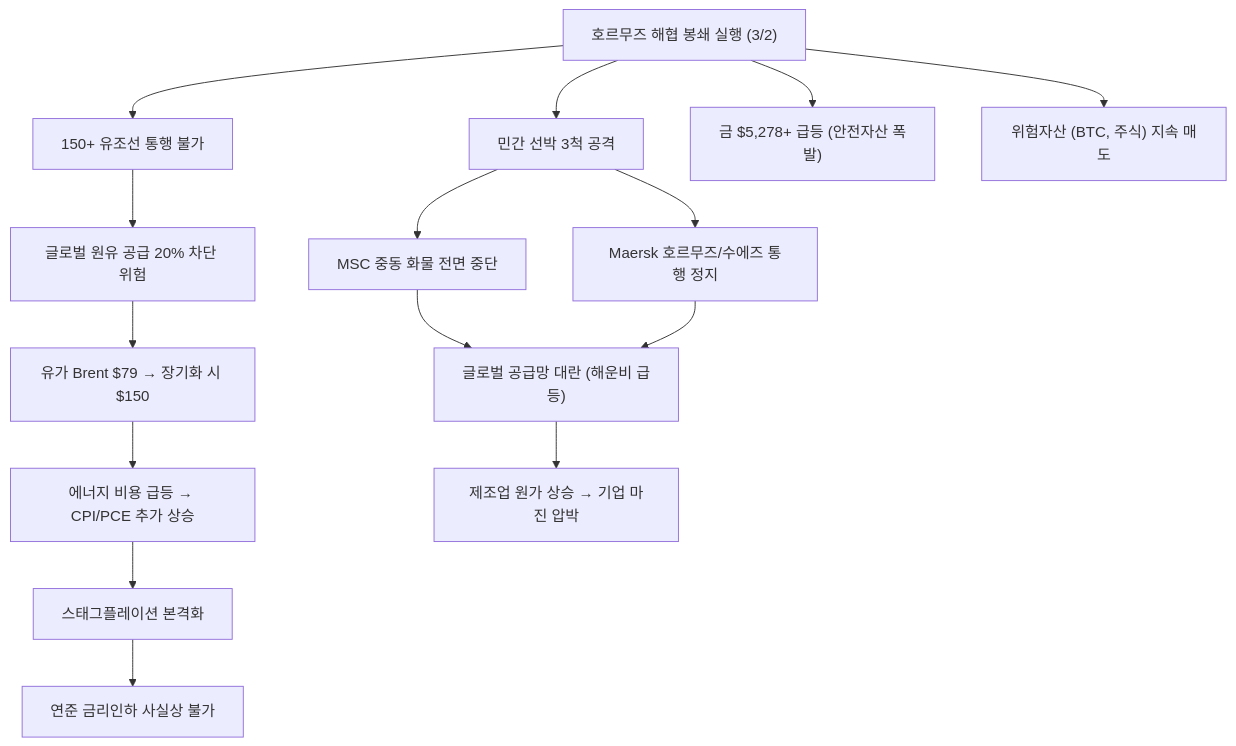
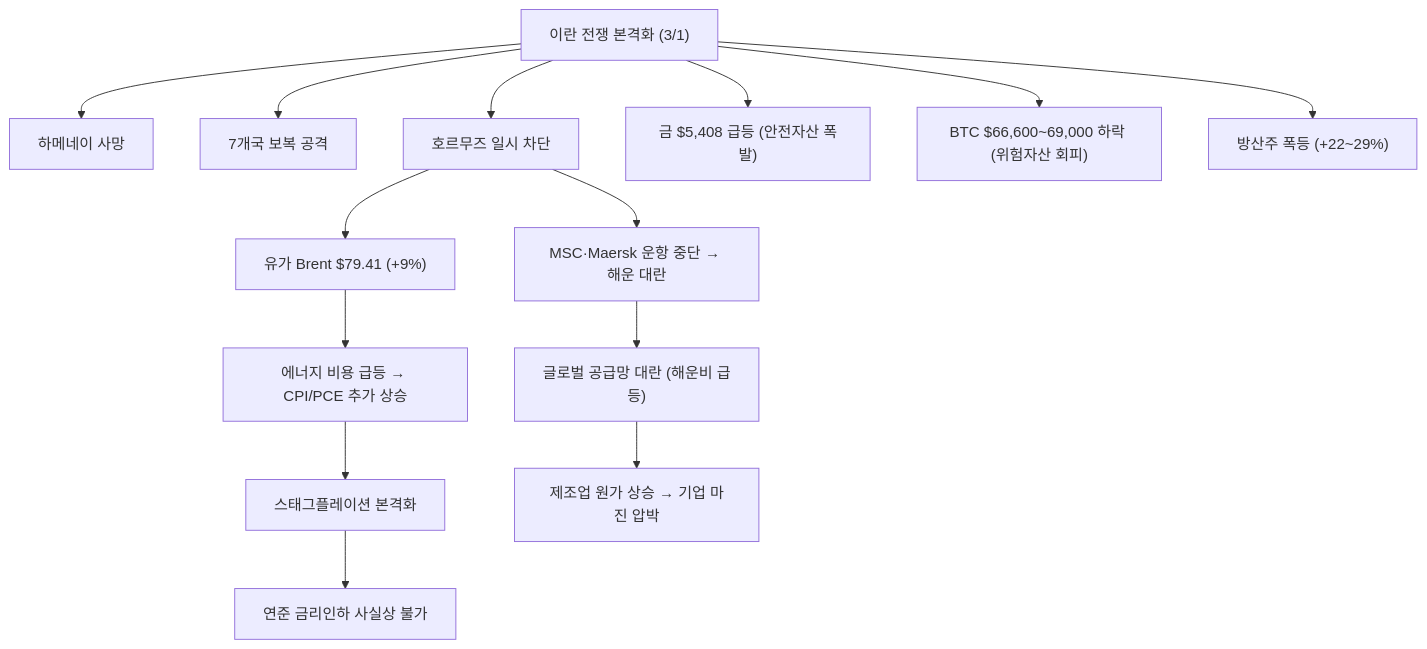
One commit to dss99911/dss99911.github.io changed the first of 2 diagrams in _posts/knowledge/invest/2026-01-21-macroeconomic-policy-sector-outlook-2026.md. Above: the diagram before and after it, drawn with Mermaid. The commit also changed other lines of this file and 14 other files, not shown here.

````diff
--- a/_posts/knowledge/invest/2026-01-21-macroeconomic-policy-sector-outlook-2026.md
+++ b/_posts/knowledge/invest/2026-01-21-macroeconomic-policy-sector-outlook-2026.md
@@ -90,17 +85,16 @@
 ```mermaid
 graph TD
-    A["호르무즈 해협 봉쇄 실행 (3/2)"] --> B["민간 선박 3척 공격"]
-    A --> C["150+ 유조선 통행 불가"]
-    B --> D["MSC 중동 화물 전면 중단"]
-    B --> E["Maersk 호르무즈/수에즈 통행 정지"]
-    C --> F["글로벌 원유 공급 20% 차단 위험"]
-    F --> G["유가 Brent $79 → 장기화 시 $150"]
-    G --> H["에너지 비용 급등 → CPI/PCE 추가 상승"]
-    H --> I["스태그플레이션 본격화"]
-    I --> J["연준 금리인하 사실상 불가"]
-    D --> K["글로벌 공급망 대란 (해운비 급등)"]
-    E --> K
-    K --> L["제조업 원가 상승 → 기업 마진 압박"]
-    A --> M["금 $5,278+ 급등 (안전자산 폭발)"]
-    A --> N["위험자산 (BTC, 주식) 지속 매도"]
+    A["이란 전쟁 본격화 (3/1)"] --> B["하메네이 사망"]
+    A --> C["7개국 보복 공격"]
+    A --> D["호르무즈 일시 차단"]
+    D --> E["유가 Brent $79.41 (+9%)"]
+    E --> F["에너지 비용 급등 → CPI/PCE 추가 상승"]
+    F --> G["스태그플레이션 본격화"]
+    G --> H["연준 금리인하 사실상 불가"]
+    D --> I["MSC·Maersk 운항 중단 → 해운 대란"]
+    I --> J["글로벌 공급망 대란 (해운비 급등)"]
+    J --> K["제조업 원가 상승 → 기업 마진 압박"]
+    A --> L["금 $5,408 급등 (안전자산 폭발)"]
+    A --> M["BTC $66,600~69,000 하락 (위험자산 회피)"]
+    A --> N["방산주 폭등 (+22~29%)"]
 ```
````
